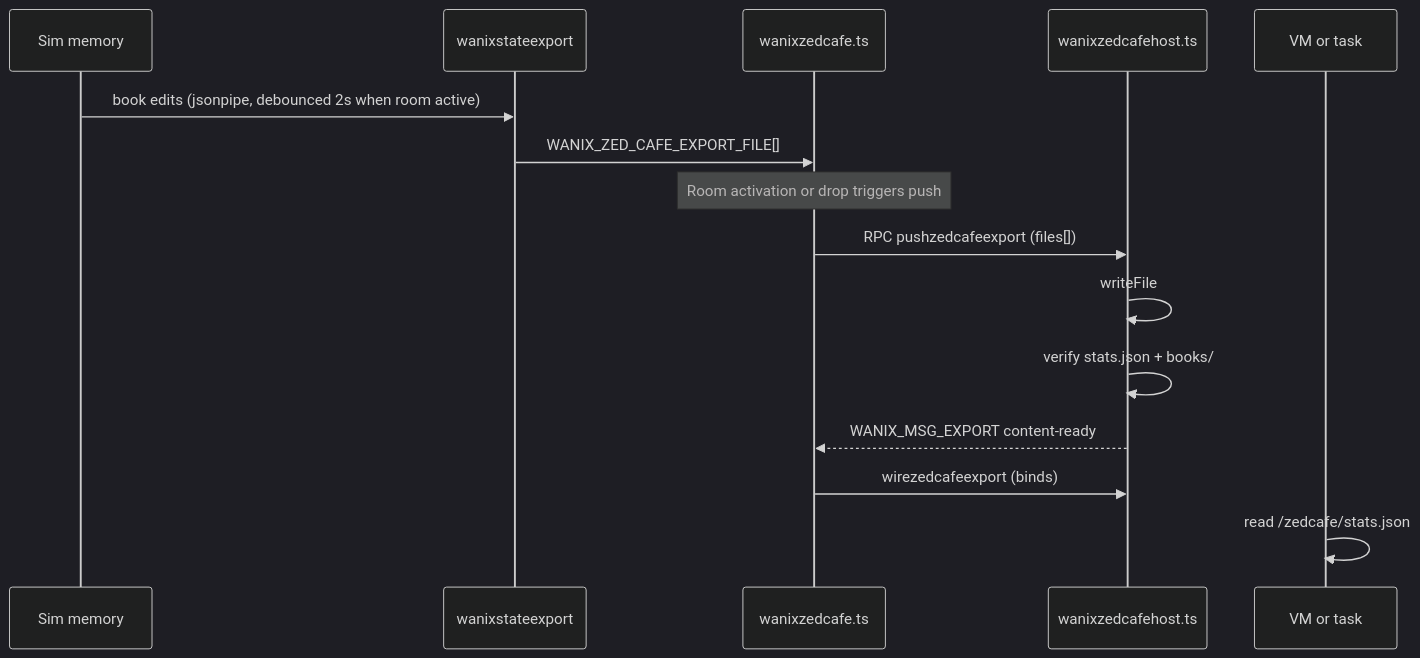
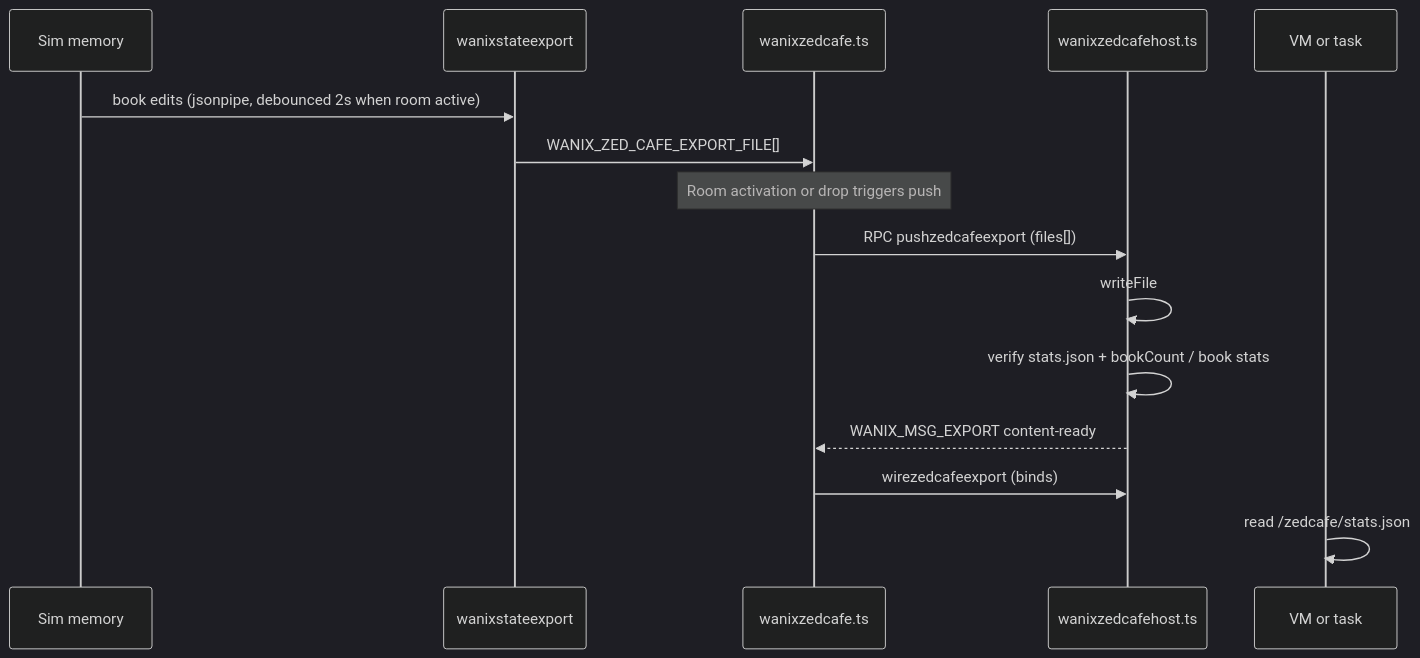
One commit to goldbuick/zed-software-system changed the third of 8 diagrams in zss/feature/wanix/README.md. Above: the diagram before and after it, drawn with Mermaid (dark theme). The commit also changed other lines of this file and 27 other files, not shown here.

````diff
--- a/zss/feature/wanix/README.md
+++ b/zss/feature/wanix/README.md
@@ -173,19 +173,19 @@
 ```mermaid
 sequenceDiagram
   participant Mem as Sim memory
   participant Host as wanixstateexport
   participant Parent as wanixzedcafe.ts
   participant Iframe as wanixzedcafehost.ts
   participant Guest as VM or task
 
   Mem->>Host: book edits (jsonpipe, debounced 2s when room active)
   Host->>Parent: WANIX_ZED_CAFE_EXPORT_FILE[]
   Note over Parent: Room activation or drop triggers push
 
   Parent->>Iframe: RPC pushzedcafeexport (files[])
   Iframe->>Iframe: writeFile #task/rid/export/…
-  Iframe->>Iframe: verify stats.json + books/
+  Iframe->>Iframe: verify stats.json + bookCount / book stats
   Iframe-->>Parent: WANIX_MSG_EXPORT content-ready
   Parent->>Iframe: wirezedcafeexport (binds)
   Guest->>Guest: read /zedcafe/stats.json
 ```
````
